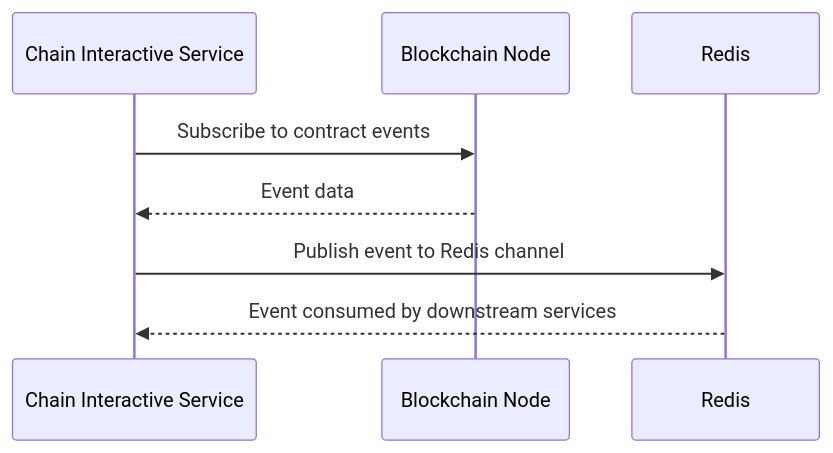
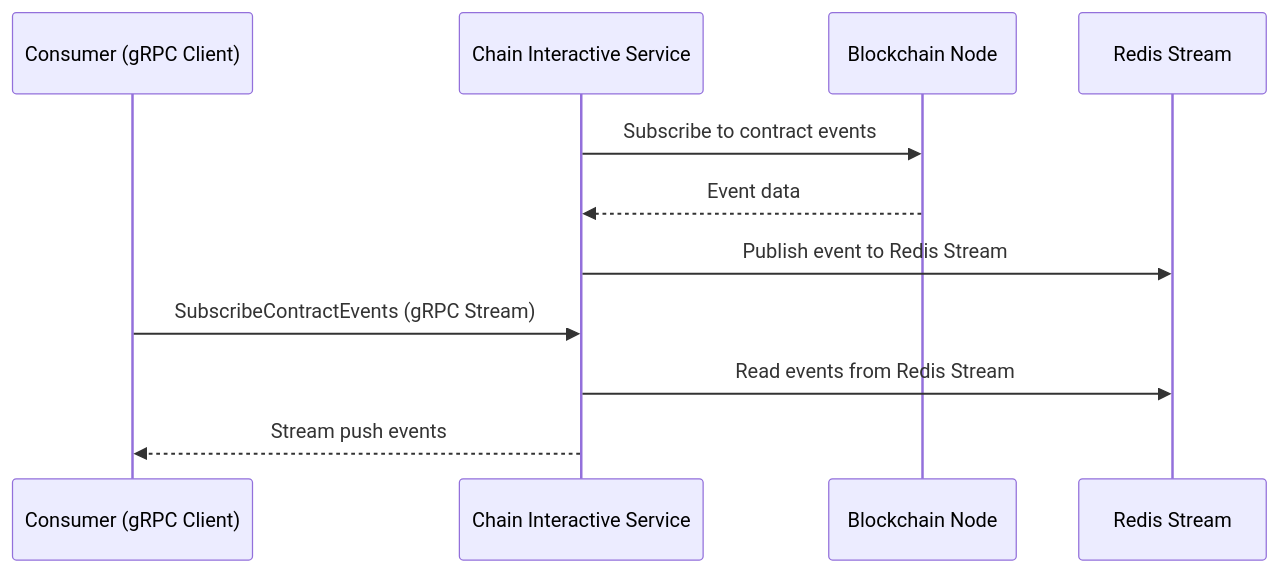
The first of 3 diagrams in doc/USAGE.md (jackz-jones/blockchain-interactive-service), drawn with Mermaid before and after one commit. The commit also changed other lines of this file and 33 other files, not shown here.

````diff
--- a/doc/USAGE.md
+++ b/doc/USAGE.md
@@ -479,11 +484,14 @@
 ```mermaid
 sequenceDiagram
+    participant C as Consumer (gRPC Client)
     participant S as Chain Interactive Service
     participant CH as Blockchain Node
-    participant R as Redis
+    participant R as Redis Stream
     
     S->>CH: Subscribe to contract events
     CH-->>S: Event data
-    S->>R: Publish event to Redis channel
-    R-->>S: Event consumed by downstream services
+    S->>R: Publish event to Redis Stream
+    C->>S: SubscribeContractEvents (gRPC Stream)
+    S->>R: Read events from Redis Stream
+    S-->>C: Stream push events
 ```
````
